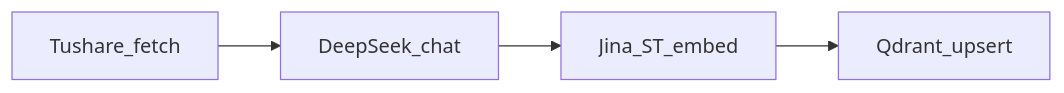
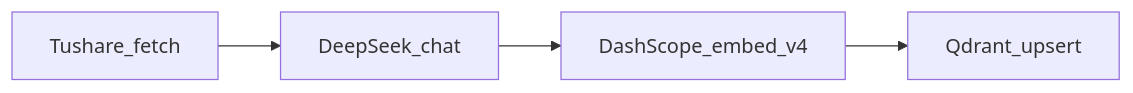
Before and after one commit to Ahuangaaa/TradingAgents: the diagram in qdrant/README.md, drawn with Mermaid. The commit also changed other lines of this file and 12 other files, not shown here.

````diff
--- a/qdrant/README.md
+++ b/qdrant/README.md
@@ -50,8 +50,8 @@
 ```mermaid
 flowchart LR
   Tushare[Tushare_fetch]
   DeepSeekTag[DeepSeek_chat]
-  JinaEmbed[Jina_ST_embed]
+  DashEmbed[DashScope_embed_v4]
   Qdrant[Qdrant_upsert]
-  Tushare --> DeepSeekTag --> JinaEmbed --> Qdrant
+  Tushare --> DeepSeekTag --> DashEmbed --> Qdrant
 ```
````
